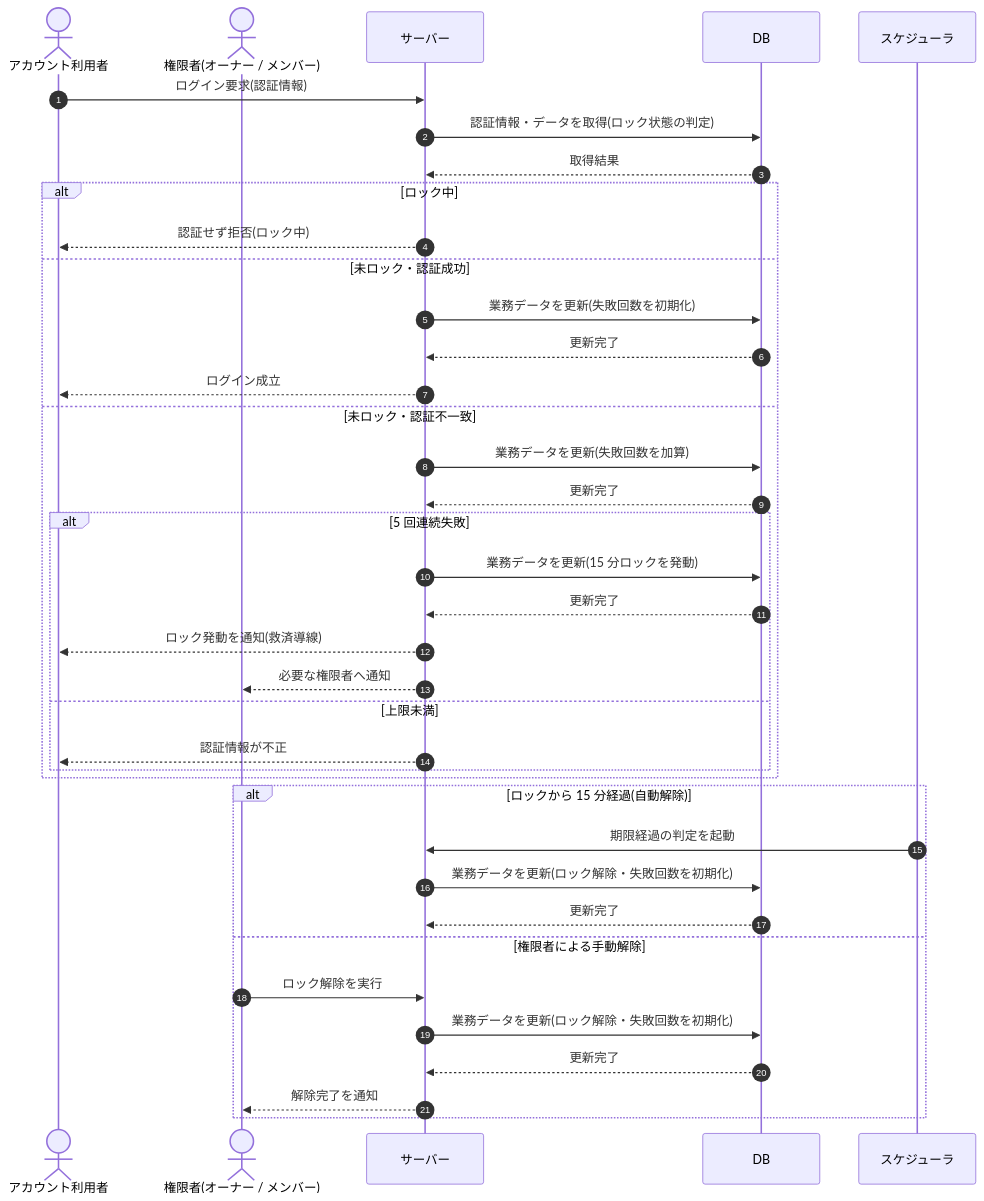
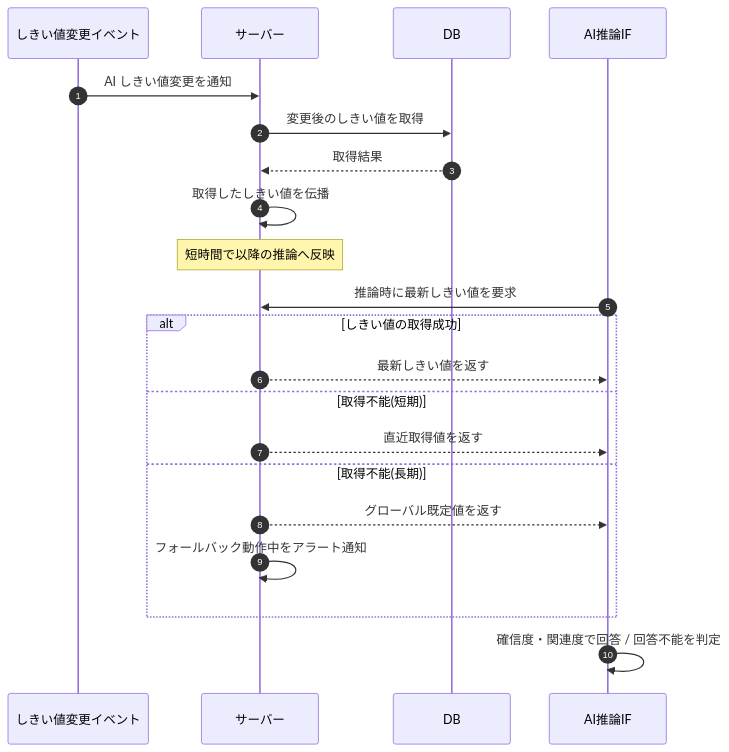
Before and after one commit to sikakou54/open-faq: the diagram in 02_basic_design/03_sequences/SEQ-103.md, drawn with Mermaid. The commit also changed other lines of this file and 395 other files, not shown here.

````diff
--- a/02_basic_design/03_sequences/SEQ-103.md
+++ b/02_basic_design/03_sequences/SEQ-103.md
@@ -25,40 +25,23 @@
 ```mermaid
 sequenceDiagram
   autonumber
-  actor U as アカウント利用者
-  actor M as 権限者(オーナー / メンバー)
+  participant E as しきい値変更イベント
   participant Server as サーバー
   participant DB as DB
-  participant SCH as スケジューラ
-  U->>Server: ログイン要求(認証情報)
-  Server->>DB: 認証情報・データを取得(ロック状態の判定)
+  participant AI as AI推論IF
+  E->>Server: AI しきい値変更を通知
+  Server->>DB: 変更後のしきい値を取得
   DB-->>Server: 取得結果
-  alt ロック中
-    Server-->>U: 認証せず拒否(ロック中)
-  else 未ロック・認証成功
-    Server->>DB: 業務データを更新(失敗回数を初期化)
-    DB-->>Server: 更新完了
-    Server-->>U: ログイン成立
-  else 未ロック・認証不一致
-    Server->>DB: 業務データを更新(失敗回数を加算)
-    DB-->>Server: 更新完了
-    alt 5 回連続失敗
-      Server->>DB: 業務データを更新(15 分ロックを発動)
-      DB-->>Server: 更新完了
-      Server-->>U: ロック発動を通知(救済導線)
-      Server-->>M: 必要な権限者へ通知
-    else 上限未満
-      Server-->>U: 認証情報が不正
-    end
+  Server->>Server: 取得したしきい値を伝播
+  Note over Server: 短時間で以降の推論へ反映
+  AI->>Server: 推論時に最新しきい値を要求
+  alt しきい値の取得成功
+    Server-->>AI: 最新しきい値を返す
+  else 取得不能(短期)
+    Server-->>AI: 直近取得値を返す
+  else 取得不能(長期)
+    Server-->>AI: グローバル既定値を返す
+    Server->>Server: フォールバック動作中をアラート通知
   end
-  alt ロックから 15 分経過(自動解除)
-    SCH->>Server: 期限経過の判定を起動
-    Server->>DB: 業務データを更新(ロック解除・失敗回数を初期化)
-    DB-->>Server: 更新完了
-  else 権限者による手動解除
-    M->>Server: ロック解除を実行
-    Server->>DB: 業務データを更新(ロック解除・失敗回数を初期化)
-    DB-->>Server: 更新完了
-    Server-->>M: 解除完了を通知
-  end
+  AI->>AI: 確信度・関連度で回答 / 回答不能を判定
 ```
````
